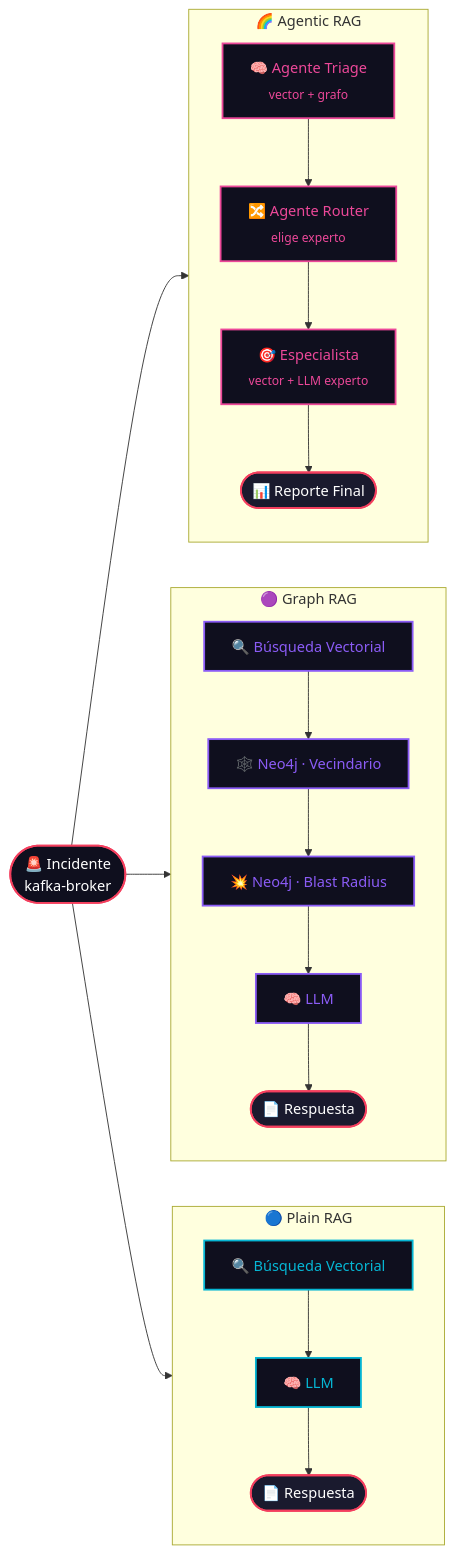
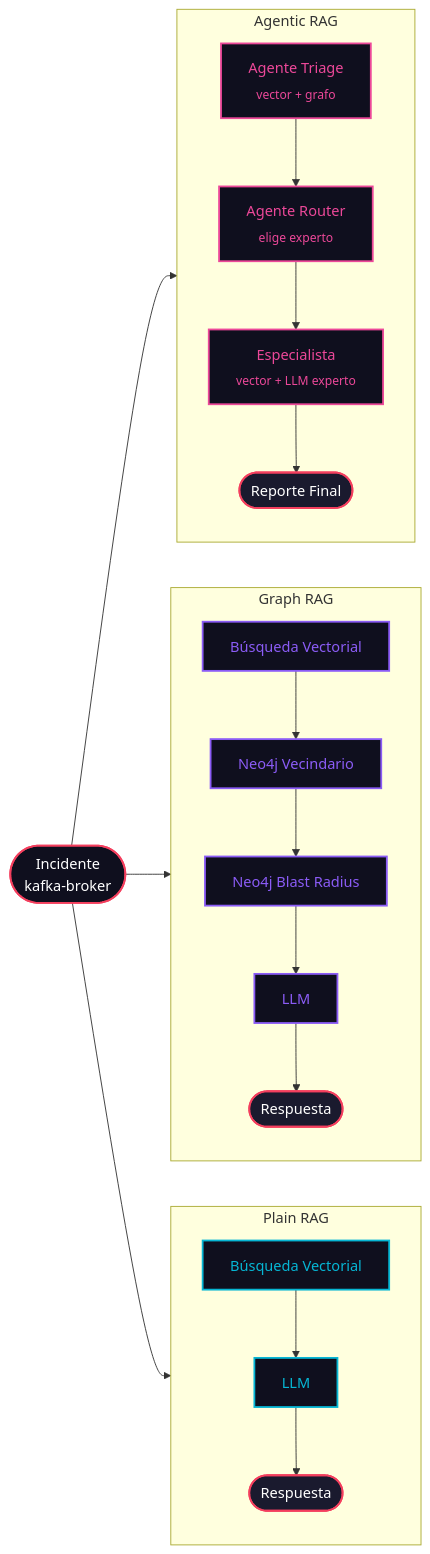
The diagram in WORKSHOP.es.md (martin76ec/agentic-rag-workshop), drawn with Mermaid before and after one commit. The commit also changed other lines of this file and 1 other file, not shown here.

````diff
--- a/WORKSHOP.es.md
+++ b/WORKSHOP.es.md
@@ -118,41 +118,41 @@
 ```mermaid
 flowchart LR
     classDef incident fill:#0f0f1e,stroke:#F43F5E,stroke-width:2px,color:#fff
     classDef plain    fill:#0f0f1e,stroke:#06B6D4,stroke-width:2px,color:#06B6D4
     classDef graphmode fill:#0f0f1e,stroke:#8B5CF6,stroke-width:2px,color:#8B5CF6
     classDef agentic  fill:#0f0f1e,stroke:#EC4899,stroke-width:2px,color:#EC4899
     classDef result   fill:#1a1a2e,stroke:#F43F5E,stroke-width:2px,color:#fff
 
-    I([🚨 Incidente<br/>kafka-broker]):::incident
+    I([Incidente<br/>kafka-broker]):::incident
 
-    subgraph P [" 🔵 Plain RAG "]
+    subgraph P [" Plain RAG "]
         direction TB
-        P1[🔍 Búsqueda Vectorial]:::plain
-        P2[🧠 LLM]:::plain
-        P3([📄 Respuesta]):::result
+        P1[Búsqueda Vectorial]:::plain
+        P2[LLM]:::plain
+        P3([Respuesta]):::result
         P1 --> P2 --> P3
     end
 
-    subgraph G [" 🟣 Graph RAG "]
+    subgraph G [" Graph RAG "]
         direction TB
-        G1[🔍 Búsqueda Vectorial]:::graphmode
-        G2[🕸️ Neo4j · Vecindario]:::graphmode
-        G3[💥 Neo4j · Blast Radius]:::graphmode
-        G4[🧠 LLM]:::graphmode
-        G5([📄 Respuesta]):::result
+        G1[Búsqueda Vectorial]:::graphmode
+        G2[Neo4j Vecindario]:::graphmode
+        G3[Neo4j Blast Radius]:::graphmode
+        G4[LLM]:::graphmode
+        G5([Respuesta]):::result
         G1 --> G2 --> G3 --> G4 --> G5
     end
 
-    subgraph A [" 🌈 Agentic RAG "]
+    subgraph A [" Agentic RAG "]
         direction TB
-        A1[🧠 Agente Triage<br/><sub>vector + grafo</sub>]:::agentic
-        A2[🔀 Agente Router<br/><sub>elige experto</sub>]:::agentic
-        A3[🎯 Especialista<br/><sub>vector + LLM experto</sub>]:::agentic
-        A4([📊 Reporte Final]):::result
+        A1[Agente Triage<br/><sub>vector + grafo</sub>]:::agentic
+        A2[Agente Router<br/><sub>elige experto</sub>]:::agentic
+        A3[Especialista<br/><sub>vector + LLM experto</sub>]:::agentic
+        A4([Reporte Final]):::result
         A1 --> A2 --> A3 --> A4
     end
 
     I --> P1
     I --> G1
     I --> A1
 ```
````
